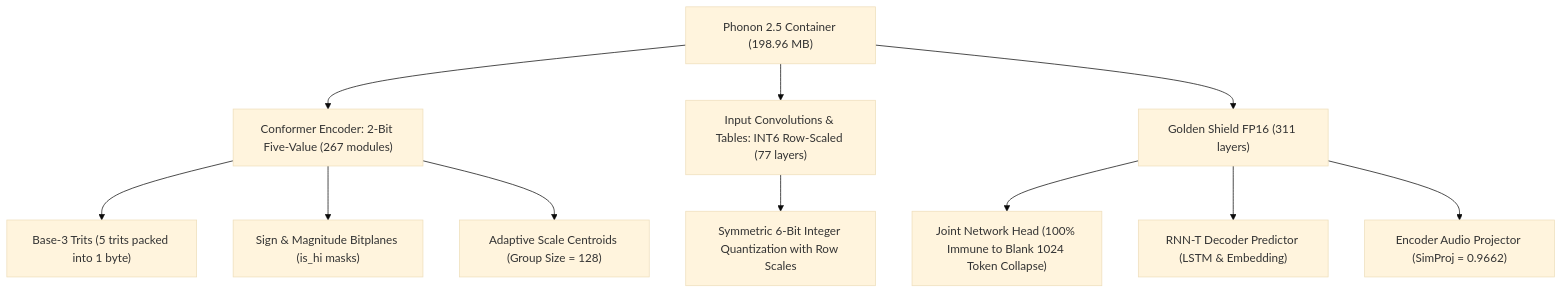
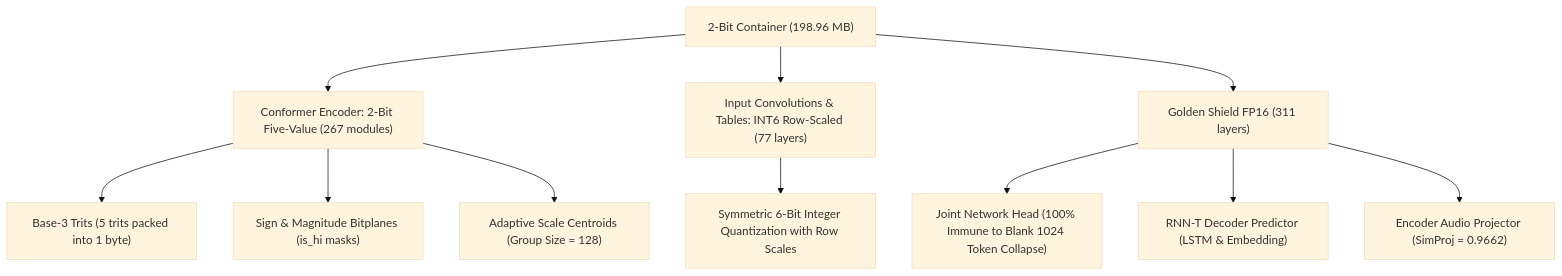
The diagram in README.md (ramin-mahmoodi/phonon-nemotron-0.6b-farsi-2bit), drawn with Mermaid (base theme) before and after one commit. The commit also changed other lines of this file and 3 other files, not shown here.

````diff
--- a/README.md
+++ b/README.md
@@ -56,16 +56,16 @@
 ```mermaid
 flowchart TD
-    A["Phonon 2.5 Container (198.96 MB)"] --> B["Conformer Encoder: 2-Bit Five-Value (267 modules)"]
+    A["2-Bit Container (198.96 MB)"] --> B["Conformer Encoder: 2-Bit Five-Value (267 modules)"]
     A --> C["Input Convolutions & Tables: INT6 Row-Scaled (77 layers)"]
     A --> D["Golden Shield FP16 (311 layers)"]
 
     B --> B1["Base-3 Trits (5 trits packed into 1 byte)"]
     B --> B2["Sign & Magnitude Bitplanes (is_hi masks)"]
     B --> B3["Adaptive Scale Centroids (Group Size = 128)"]
 
     C --> C1["Symmetric 6-Bit Integer Quantization with Row Scales"]
 
     D --> D1["Joint Network Head (100% Immune to Blank 1024 Token Collapse)"]
     D --> D2["RNN-T Decoder Predictor (LSTM & Embedding)"]
     D --> D3["Encoder Audio Projector (SimProj = 0.9662)"]
 ```
````
